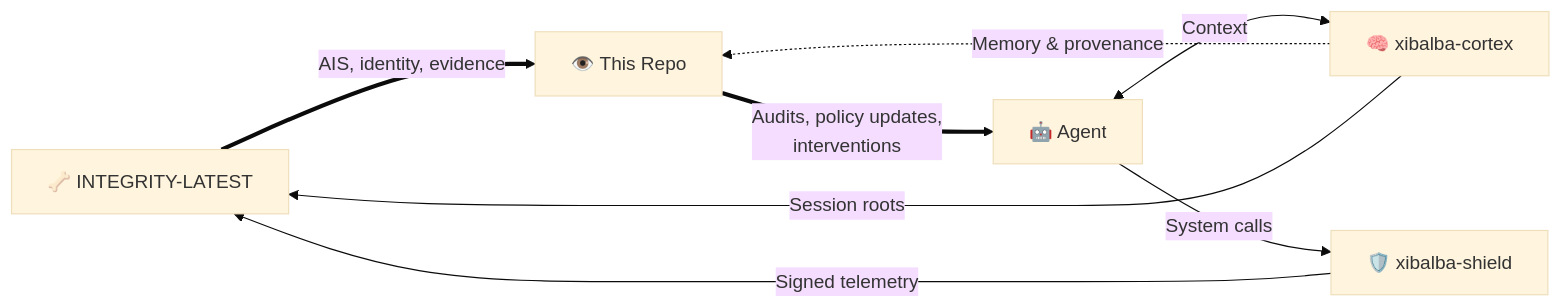
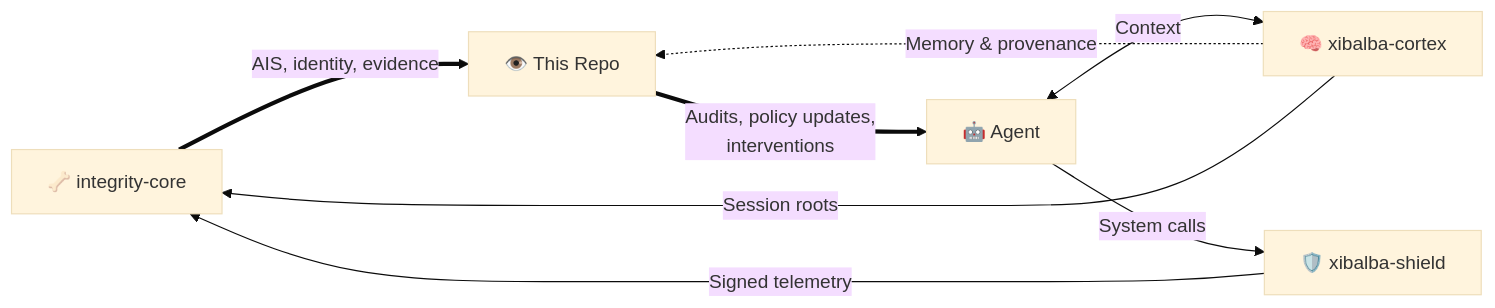
One commit to XibalbaTechSol/integrity-console changed the diagram in integrity-dashboard/SPECIFICATION.md. Above: the diagram before and after it, drawn with Mermaid (base theme). The commit also changed other lines of this file and 10 other files, not shown here.

First line of the commit message:
Rename project: INTEGRITY-LATEST -> integrity-core

````diff
--- a/integrity-dashboard/SPECIFICATION.md
+++ b/integrity-dashboard/SPECIFICATION.md
@@ -31,10 +31,10 @@
 ```mermaid
 flowchart LR
-    Backbone["🦴 INTEGRITY-LATEST"] ==>|"AIS, identity, evidence"| Eyes["👁️ This Repo"]
+    Backbone["🦴 integrity-core"] ==>|"AIS, identity, evidence"| Eyes["👁️ This Repo"]
     Brain["🧠 xibalba-cortex"] -.->|"Memory & provenance"| Eyes
     Eyes ==>|"Audits, policy updates,<br/>interventions"| Agent["🤖 Agent"]
     Agent <-->|"Context"| Brain
     Agent -->|"System calls"| Immune["🛡️ xibalba-shield"]
     Immune -->|"Signed telemetry"| Backbone
     Brain -->|"Session roots"| Backbone
 ```
````
